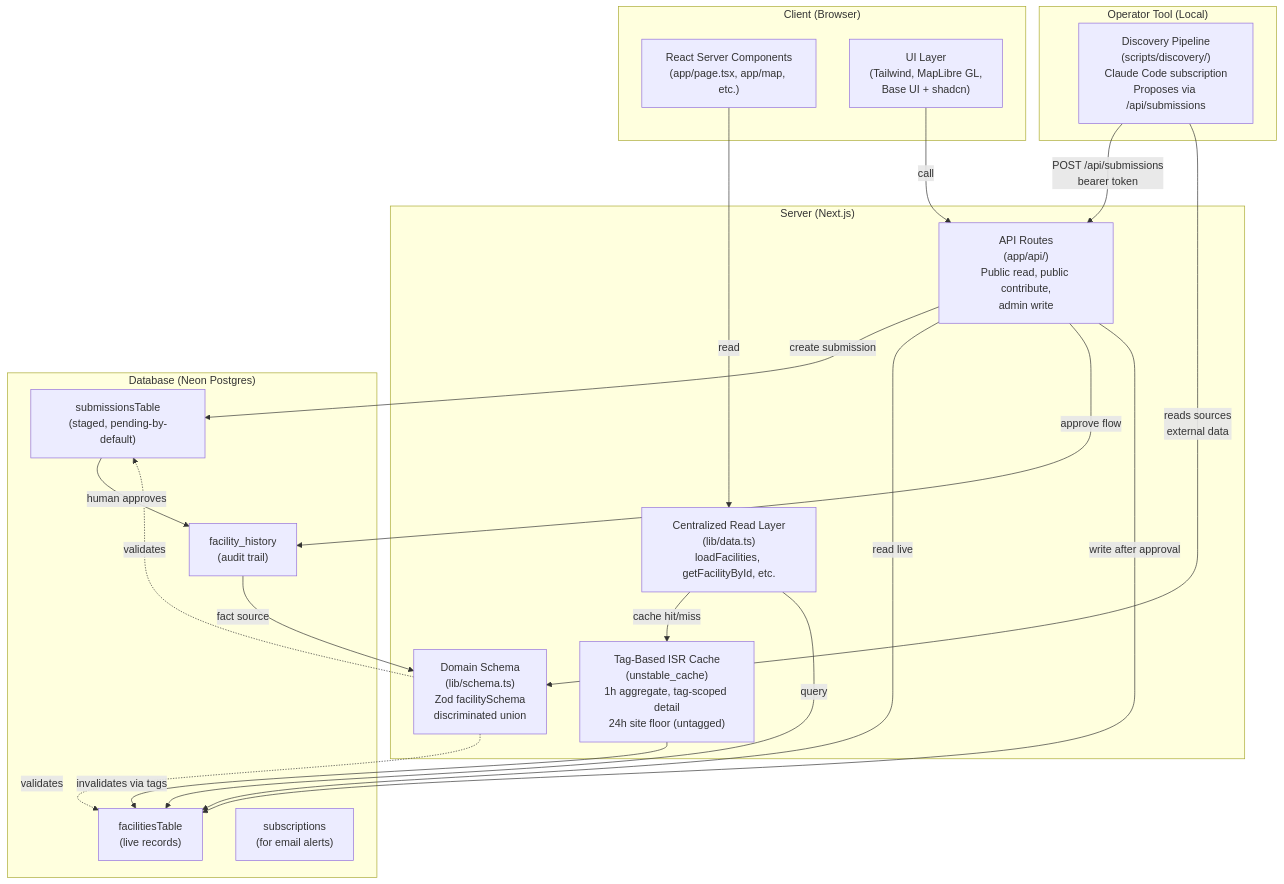
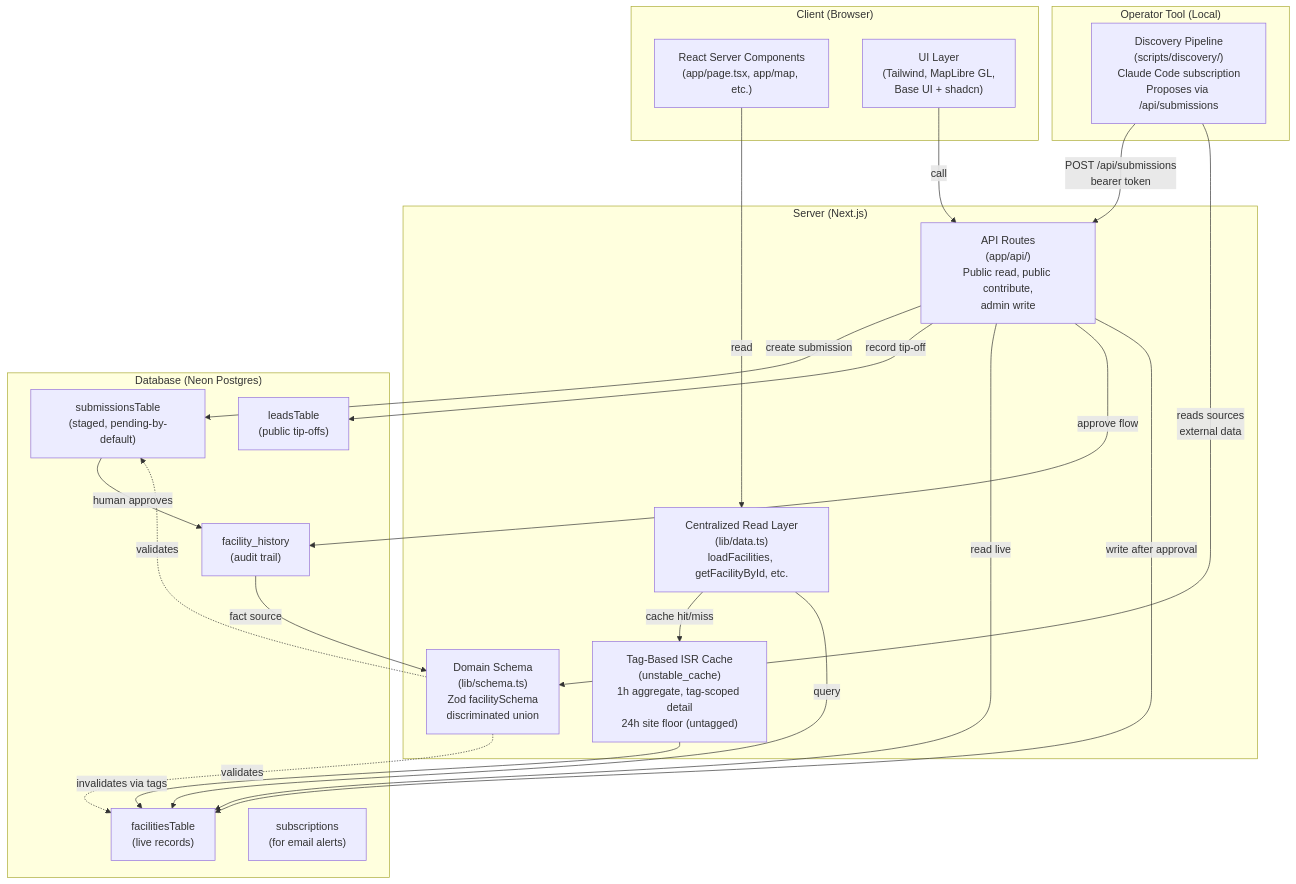
Before and after one commit to ek33450505/compute-atlas: the diagram in ARCHITECTURE.md, drawn with Mermaid. The commit also changed other lines of this file and 37 other files, not shown here.

````diff
--- a/ARCHITECTURE.md
+++ b/ARCHITECTURE.md
@@ -115,45 +116,47 @@
 ```mermaid
 graph TB
     subgraph "Client (Browser)"
         RSC["React Server Components<br/>(app/page.tsx, app/map, etc.)"]
         UI["UI Layer<br/>(Tailwind, MapLibre GL,<br/>Base UI + shadcn)"]
     end
 
     subgraph "Server (Next.js)"
         Data["Centralized Read Layer<br/>(lib/data.ts)<br/>loadFacilities, getFacilityById, etc."]
         Cache["Tag-Based ISR Cache<br/>(unstable_cache)<br/>1h aggregate, tag-scoped detail<br/>24h site floor (untagged)"]
         Schema["Domain Schema<br/>(lib/schema.ts)<br/>Zod facilitySchema<br/>discriminated union"]
         API["API Routes<br/>(app/api/)<br/>Public read, public contribute,<br/>admin write"]
     end
 
     subgraph "Database (Neon Postgres)"
         Live["facilitiesTable<br/>(live records)"]
         Submissions["submissionsTable<br/>(staged, pending-by-default)"]
         History["facility_history<br/>(audit trail)"]
         Subs["subscriptions<br/>(for email alerts)"]
+        Leads["leadsTable<br/>(public tip-offs)"]
     end
 
     subgraph "Operator Tool (Local)"
         Pipeline["Discovery Pipeline<br/>(scripts/discovery/)<br/>Claude Code subscription<br/>Proposes via /api/submissions"]
     end
 
     RSC -->|read| Data
     Data -->|cache hit/miss| Cache
     Data -->|query| Live
     Cache -->|invalidates via tags| Live
 
     UI -->|call| API
     API -->|create submission| Submissions
+    API -->|record tip-off| Leads
     API -->|read live| Live
     API -->|approve flow| History
     API -->|write after approval| Live
 
     Submissions -->|human approves| History
     History -->|fact source| Schema
 
     Pipeline -->|POST /api/submissions<br/>bearer token| API
     Pipeline -->|reads sources<br/>external data| Schema
 
     Schema -.->|validates| Live
     Schema -.->|validates| Submissions
 ```
````
